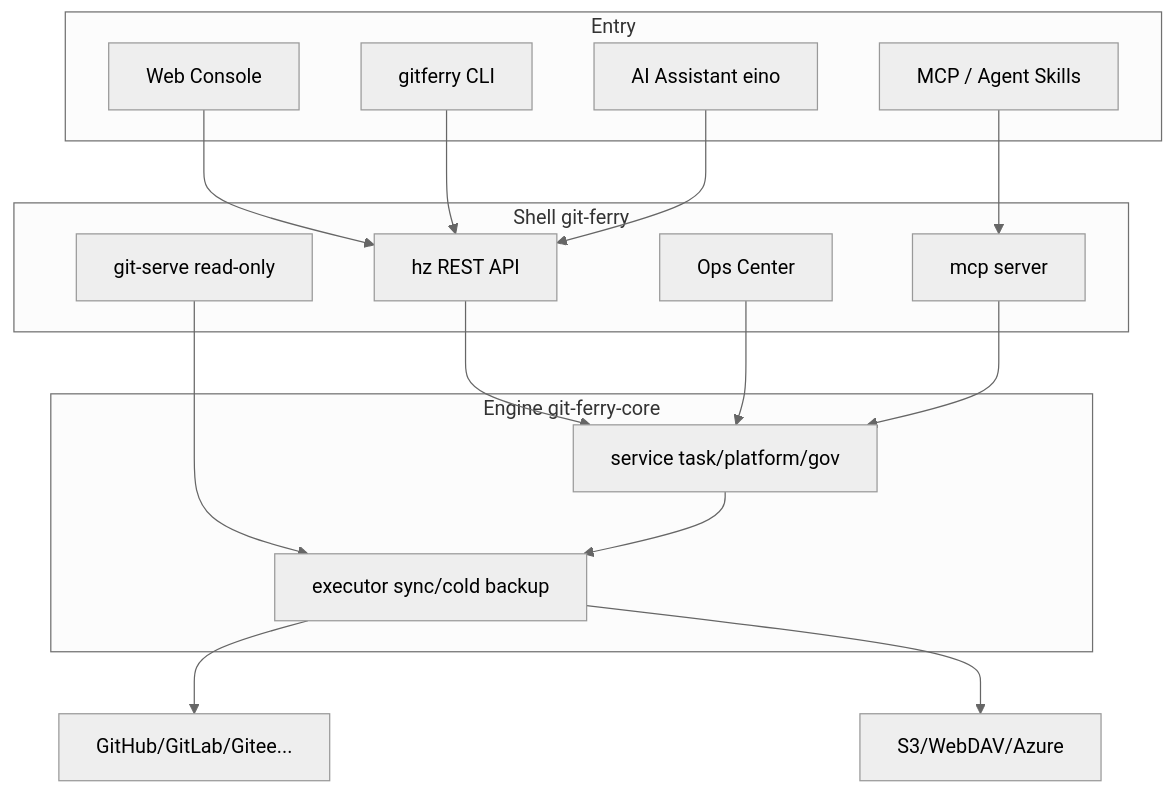
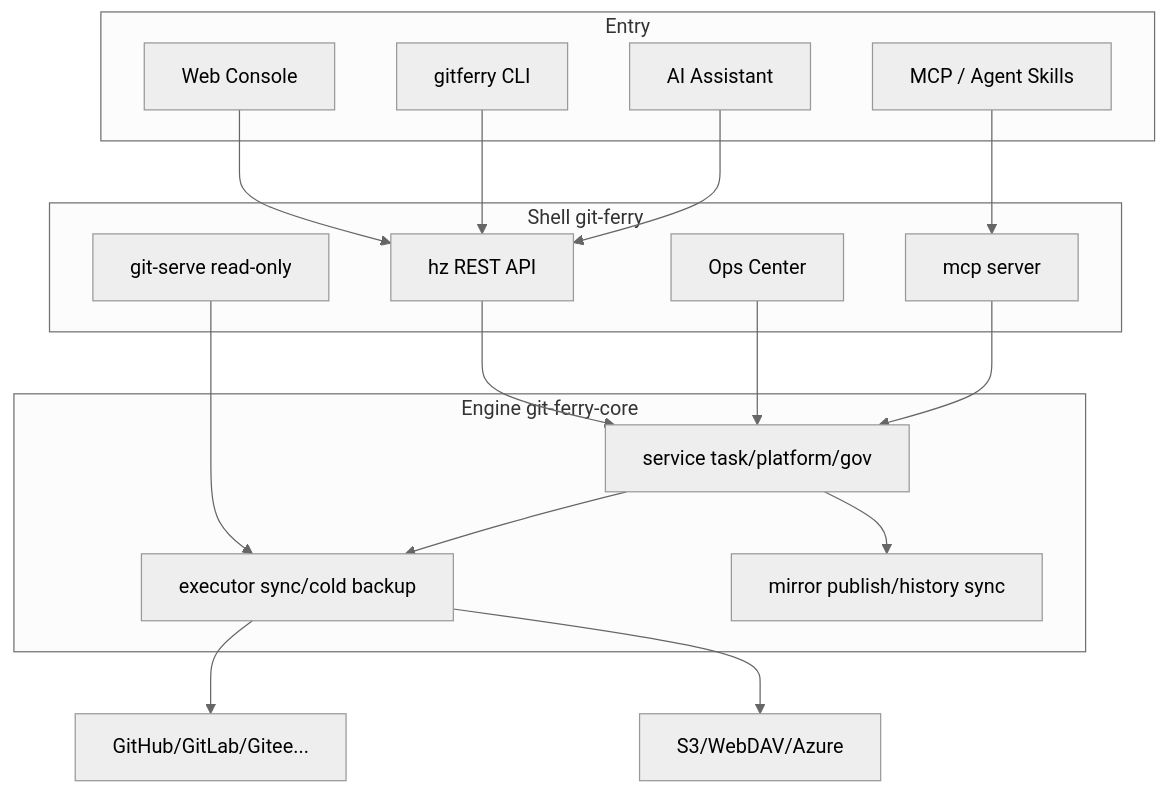
The diagram in README.md (yi-nology/git-ferry), drawn with Mermaid (neutral theme) before and after one commit. The commit also changed other lines of this file and 35 other files, not shown here.

````diff
--- a/README.md
+++ b/README.md
@@ -451,30 +567,32 @@
 ```mermaid
 flowchart TB
   subgraph Entry
     W[Web Console]
     C[gitferry CLI]
     M[MCP / Agent Skills]
-    AI[AI Assistant eino]
+    AI[AI Assistant]
   end
   subgraph Shell git-ferry
     H[hz REST API]
     OPS[Ops Center]
     MCP[mcp server]
     GW[git-serve read-only]
   end
   subgraph Engine git-ferry-core
     EX[executor sync/cold backup]
     SVC[service task/platform/gov]
+    MIR[mirror publish/history sync]
   end
   W --> H
   C --> H
   M --> MCP
   AI --> H
   H --> SVC
   OPS --> SVC
   MCP --> SVC
   GW --> EX
   SVC --> EX
+  SVC --> MIR
   EX --> P1[GitHub/GitLab/Gitee...]
   EX --> P2[S3/WebDAV/Azure]
 ```
````
